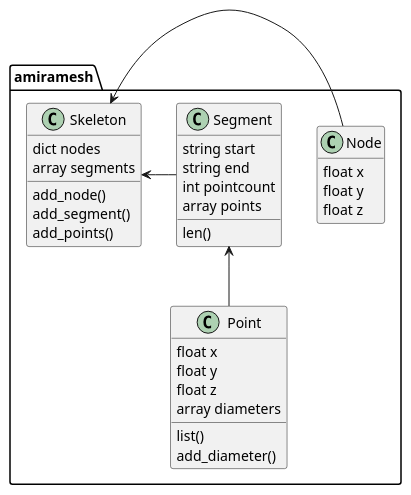
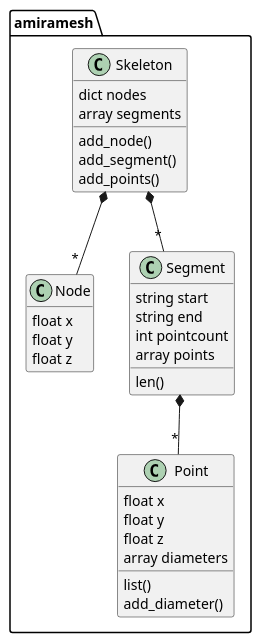
The diagram in README.org (heikkil/amiramesh-reader), drawn with PlantUML before and after one commit. The commit also changed 1 other file, not shown here.

Commit message:
class diagram: add cardinality

```diff
--- a/README.org
+++ b/README.org
@@ -22,43 +22,43 @@
   #+BEGIN_SRC plantuml :file docs/class.png :exports results
       hide empty members
 
     package amiramesh {
 
       class Skeleton {
         dict nodes
         array segments
         add_node()
         add_segment()
         add_points()
       }
 
       class Node {
         float x
         float y
         float z
       }
 
       class Segment {
         string start
         string end
         int pointcount
         array points
         len()
       }
 
       class Point {
         float x
         float y
         float z
         array diameters
         list()
         add_diameter()
       }
 
-      Skeleton <-r- Node
-      Skeleton <- Segment
-      Segment <-- Point
+      Skeleton *-- "*" Node
+      Skeleton *-- "*" Segment
+      Segment  *-- "*" Point
 
     }
 
   #+END_SRC
```
